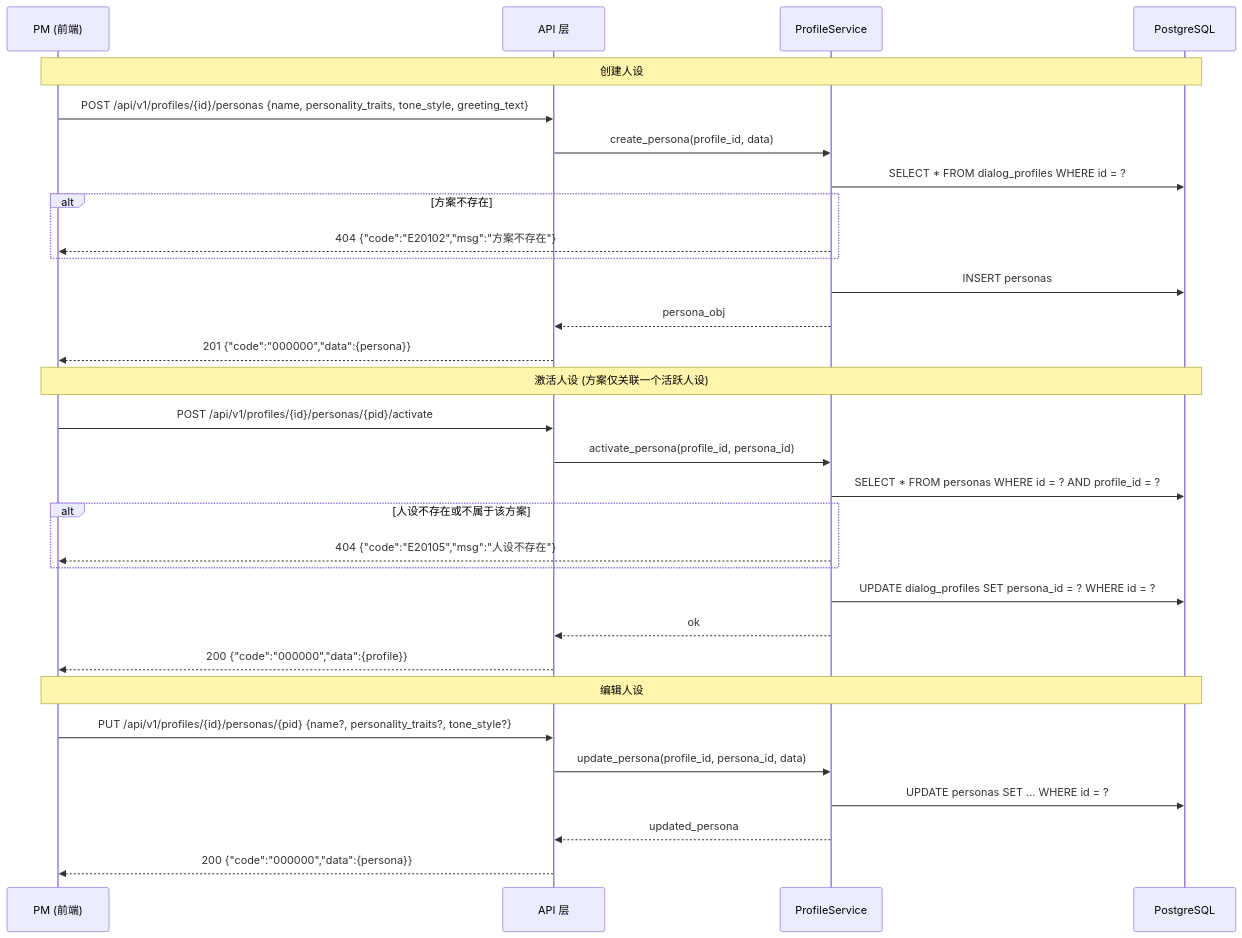
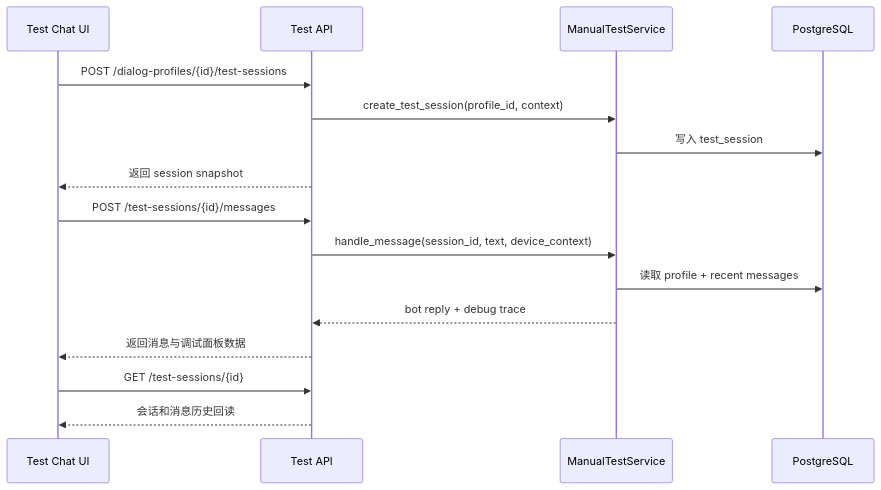
Before and after one commit to WangShaoyu1/spec_kit_superpower: the second of 3 diagrams in specs/master/ad/ad-dialog-profile.md, drawn with Mermaid. The commit also changed other lines of this file and 416 other files, not shown here.

````diff
--- a/specs/master/ad/ad-dialog-profile.md
+++ b/specs/master/ad/ad-dialog-profile.md
@@ -128,36 +75,19 @@
 ```mermaid
 sequenceDiagram
-    participant PM as PM (前端)
-    participant API as API 层
-    participant PS as ProfileService
-    participant DB as PostgreSQL
+    participant FE as Test Chat UI
+    participant API as Test API
+    participant SVC as ManualTestService
+    participant PG as PostgreSQL
 
-    Note over PM, DB: 创建人设
-    PM->>API: POST /api/v1/profiles/{id}/personas {name, personality_traits, tone_style, greeting_text}
-    API->>PS: create_persona(profile_id, data)
-    PS->>DB: SELECT * FROM dialog_profiles WHERE id = ?
-    alt 方案不存在
-        PS-->>PM: 404 {"code":"E20102","msg":"方案不存在"}
-    end
-    PS->>DB: INSERT personas
-    PS-->>API: persona_obj
-    API-->>PM: 201 {"code":"000000","data":{persona}}
-
-    Note over PM, DB: 激活人设 (方案仅关联一个活跃人设)
-    PM->>API: POST /api/v1/profiles/{id}/personas/{pid}/activate
-    API->>PS: activate_persona(profile_id, persona_id)
-    PS->>DB: SELECT * FROM personas WHERE id = ? AND profile_id = ?
-    alt 人设不存在或不属于该方案
-        PS-->>PM: 404 {"code":"E20105","msg":"人设不存在"}
-    end
-    PS->>DB: UPDATE dialog_profiles SET persona_id = ? WHERE id = ?
-    PS-->>API: ok
-    API-->>PM: 200 {"code":"000000","data":{profile}}
-
-    Note over PM, DB: 编辑人设
-    PM->>API: PUT /api/v1/profiles/{id}/personas/{pid} {name?, personality_traits?, tone_style?}
-    API->>PS: update_persona(profile_id, persona_id, data)
-    PS->>DB: UPDATE personas SET ... WHERE id = ?
-    PS-->>API: updated_persona
-    API-->>PM: 200 {"code":"000000","data":{persona}}
+    FE->>API: POST /dialog-profiles/{id}/test-sessions
+    API->>SVC: create_test_session(profile_id, context)
+    SVC->>PG: 写入 test_session
+    API-->>FE: 返回 session snapshot
+    FE->>API: POST /test-sessions/{id}/messages
+    API->>SVC: handle_message(session_id, text, device_context)
+    SVC->>PG: 读取 profile + recent messages
+    SVC-->>API: bot reply + debug trace
+    API-->>FE: 返回消息与调试面板数据
+    FE->>API: GET /test-sessions/{id}
+    API-->>FE: 会话和消息历史回读
 ```
````
